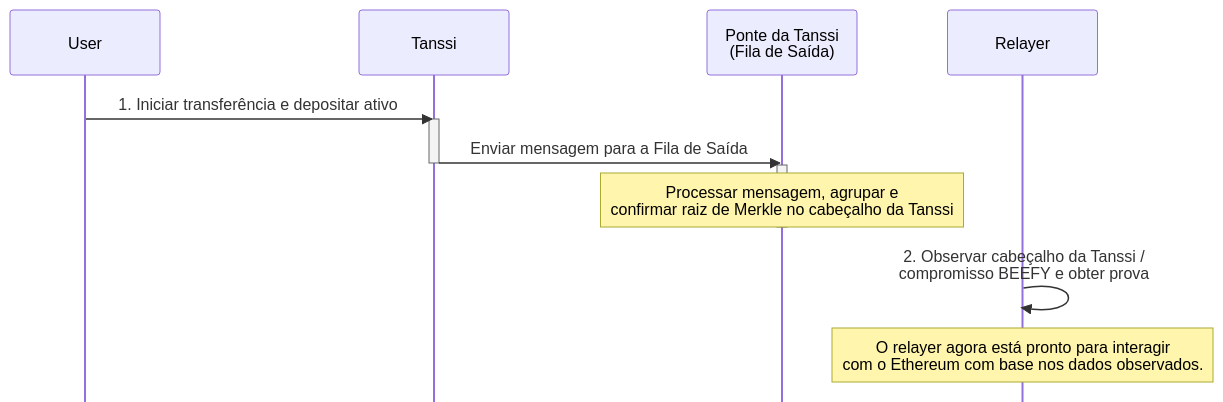
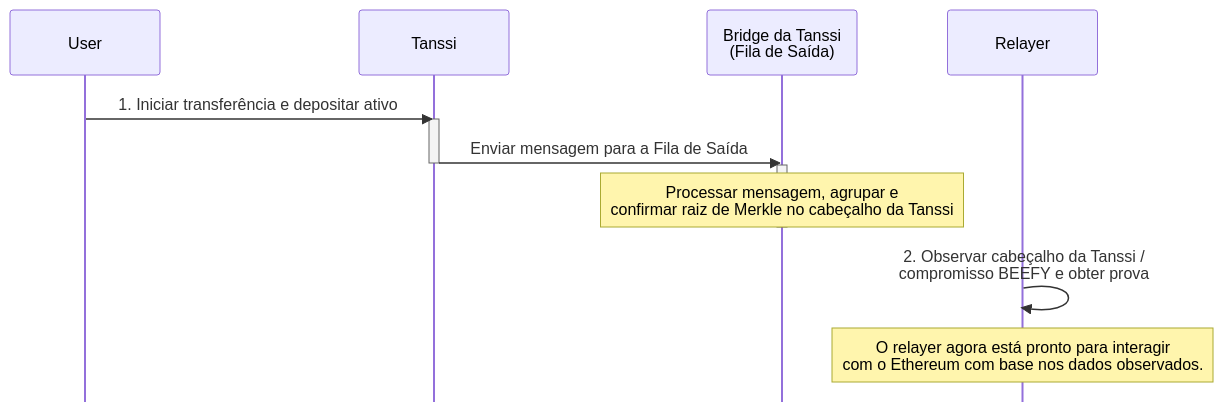
One commit to moondance-labs/tanssi-docs changed the sixth of 7 diagrams in pt/learn/tanssi/tanssi-ethereum-bridge.md. Above: the diagram before and after it, drawn with Mermaid. The commit also changed other lines of this file and 29 other files, not shown here.

````diff
--- a/pt/learn/tanssi/tanssi-ethereum-bridge.md
+++ b/pt/learn/tanssi/tanssi-ethereum-bridge.md
@@ -197,20 +197,20 @@
 ```mermaid
 sequenceDiagram
     %%{init: {'sequence': {'mirrorActors': false}}}%%
     participant User
     participant TAH as Tanssi
-    participant TBP as Ponte da Tanssi<br/> (Fila de Saída)
+    participant TBP as Bridge da Tanssi<br/> (Fila de Saída)
     participant Relayer
 
     User->>TAH: 1. Iniciar transferência e depositar ativo
     activate TAH
     TAH->>TBP: Enviar mensagem para a Fila de Saída
     deactivate TAH
 
     activate TBP
     Note over TBP: Processar mensagem, agrupar e<br/>confirmar raiz de Merkle no cabeçalho da Tanssi
     deactivate TBP
 
     Relayer->>Relayer: 2. Observar cabeçalho da Tanssi /<br/>compromisso BEEFY e obter prova
     Note over Relayer: O relayer agora está pronto para interagir<br/>com o Ethereum com base nos dados observados.
 ```
````
